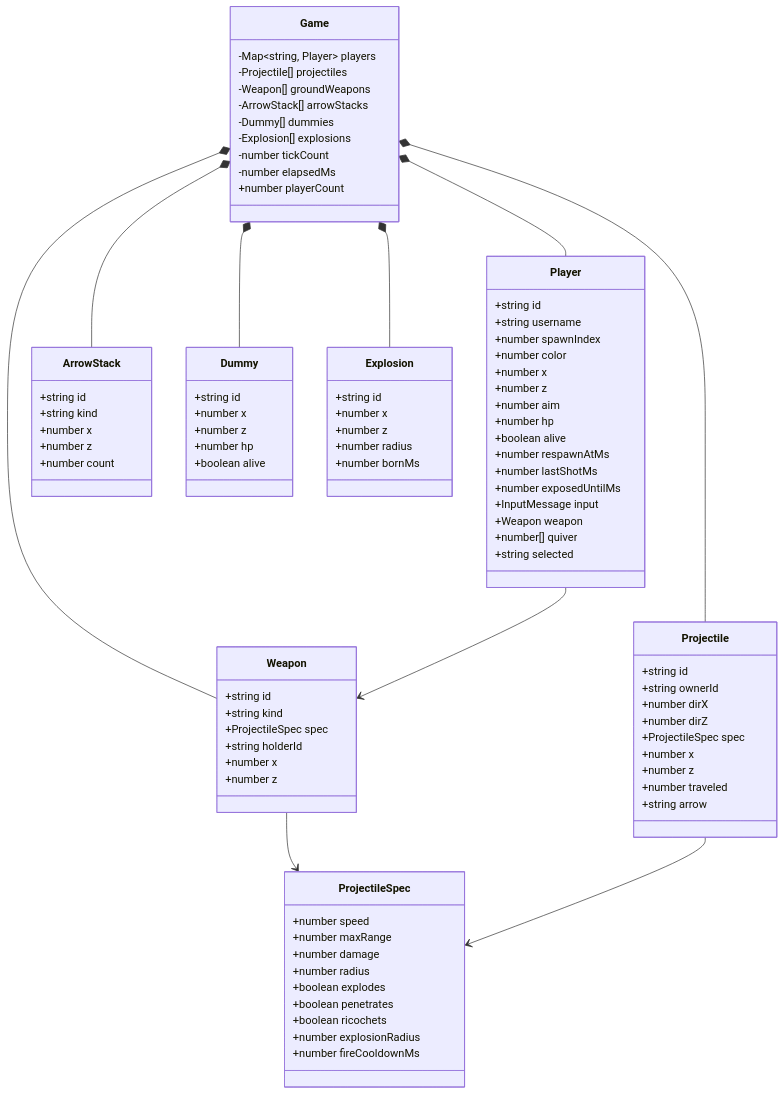
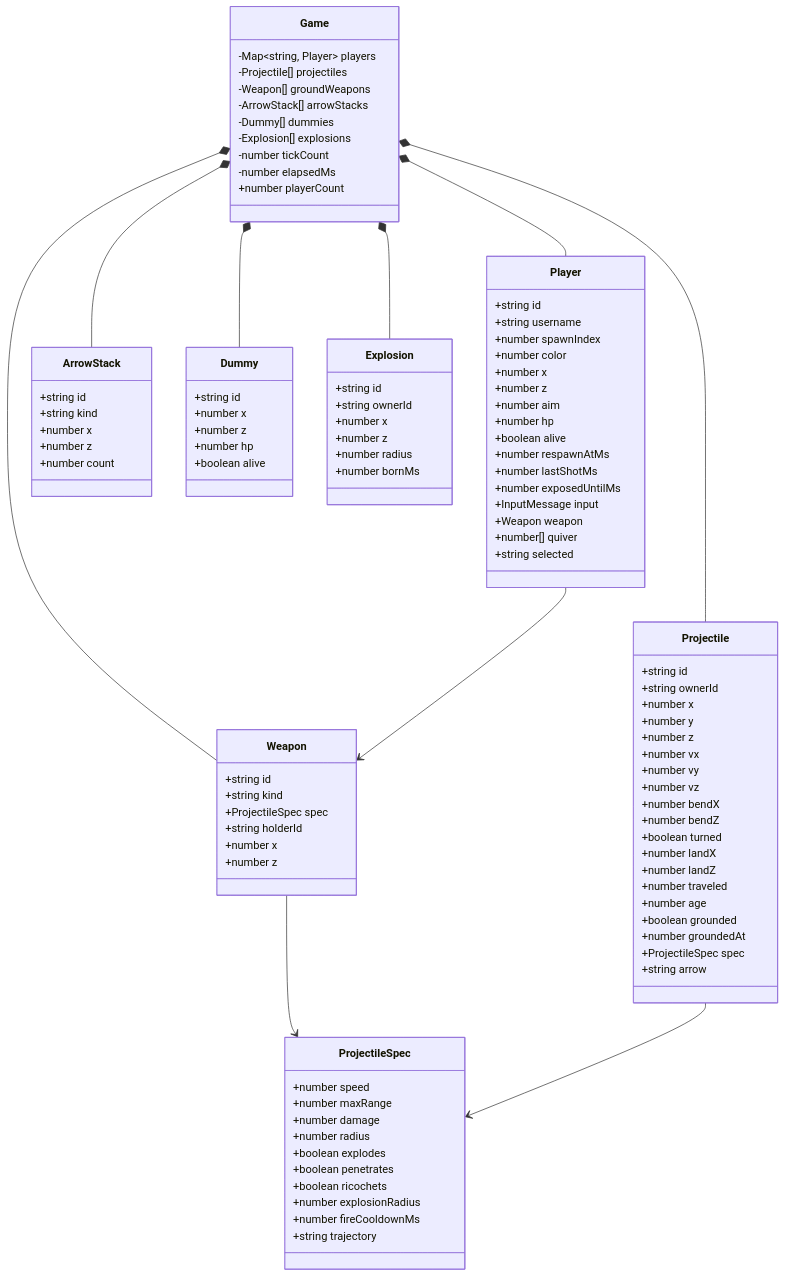
The second of 4 diagrams in docs/class-map.md (gabe-crafting/bowcraft), drawn with Mermaid before and after one commit. The commit also changed other lines of this file and 21 other files, not shown here.

```diff
--- a/docs/class-map.md
+++ b/docs/class-map.md
@@ -96,12 +96,22 @@
   class Projectile {
     +string id
     +string ownerId
-    +number dirX
-    +number dirZ
+    +number x
+    +number y
+    +number z
+    +number vx
+    +number vy
+    +number vz
+    +number bendX
+    +number bendZ
+    +boolean turned
+    +number landX
+    +number landZ
+    +number traveled
+    +number age
+    +boolean grounded
+    +number groundedAt
     +ProjectileSpec spec
-    +number x
-    +number z
-    +number traveled
     +string arrow
   }
   class ArrowStack {
@@ -120,6 +130,7 @@
   }
   class Explosion {
     +string id
+    +string ownerId
     +number x
     +number z
     +number radius
@@ -135,6 +146,7 @@
     +boolean ricochets
     +number explosionRadius
     +number fireCooldownMs
+    +string trajectory
   }
   Game *-- Player
   Game *-- Projectile
```
